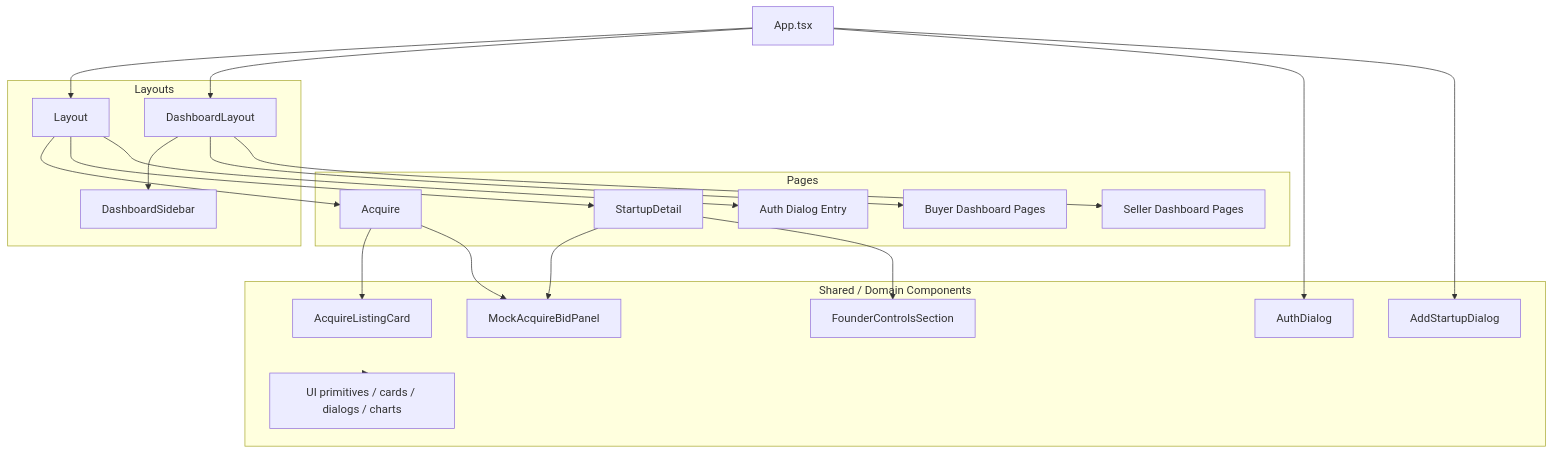
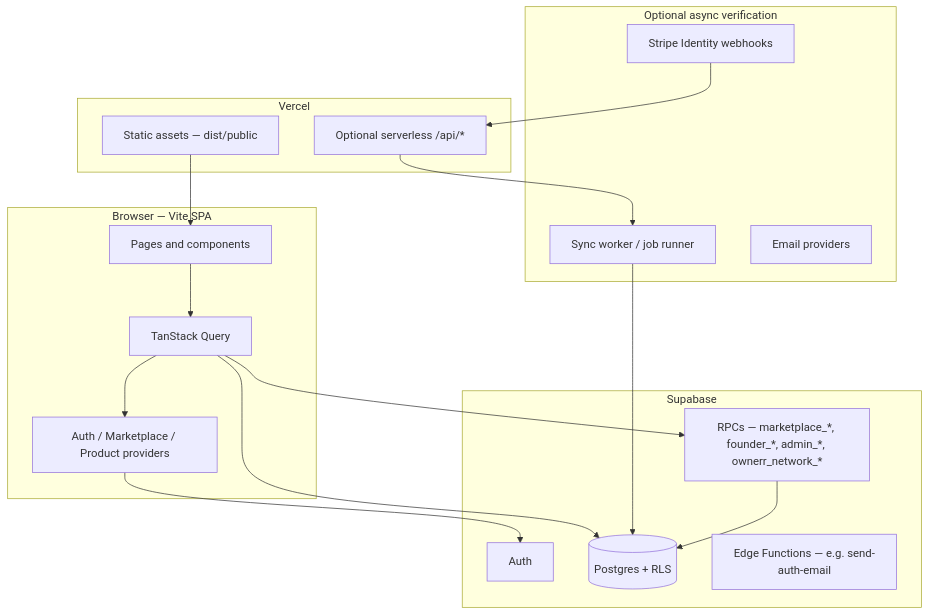
Before and after one commit to Ownerr-io/Web-Application: the first of 17 diagrams in README.md, drawn with Mermaid. The commit also changed other lines of this file, not shown here.

Commit message:
feature/seller-buyer-verifica tion-and-inbox

````diff
--- a/README.md
+++ b/README.md
@@ -77,47 +116,36 @@
 ```mermaid
-graph TD
-    APP[App.tsx]
+flowchart TB
+  subgraph Client["Browser — Vite SPA"]
+    UI[Pages and components]
+    RQ[TanStack Query]
+    CTX[Auth / Marketplace / Product providers]
+  end
 
-    subgraph Pages
-        ACQ[Acquire]
-        SD[StartupDetail]
-        BA[Buyer Dashboard Pages]
-        SA[Seller Dashboard Pages]
-        AU[Auth Dialog Entry]
-    end
+  subgraph Vercel["Vercel"]
+    STATIC[Static assets — dist/public]
+    API["Optional serverless /api/*"]
+  end
 
-    subgraph Layouts
-        LO[Layout]
-        DL[DashboardLayout]
-        SB[DashboardSidebar]
-    end
+  subgraph Supabase["Supabase"]
+    AUTH[Auth]
+    PG[(Postgres + RLS)]
+    RPC[RPCs — marketplace_*, founder_*, admin_*, ownerr_network_*]
+    EDGE[Edge Functions — e.g. send-auth-email]
+  end
 
-    subgraph Shared["Shared / Domain Components"]
-        CARD[AcquireListingCard]
-        BID[MockAcquireBidPanel]
-        AUTH[AuthDialog]
-        ADD[AddStartupDialog]
-        FCS[FounderControlsSection]
-        UIK[UI primitives / cards / dialogs / charts]
-    end
+  subgraph Optional["Optional async verification"]
+    WORKER[Sync worker / job runner]
+    STRIPE[Stripe Identity webhooks]
+    RESEND[Email providers]
+  end
 
-    APP --> LO
-    APP --> DL
-    DL --> SB
-
-    LO --> ACQ
-    LO --> SD
-    LO --> AU
-
-    DL --> BA
-    DL --> SA
-
-    ACQ --> CARD
-    ACQ --> BID
-    SD --> BID
-    SD --> FCS
-
-    APP --> AUTH
-    APP --> ADD
-    Shared --> UIK
+  UI --> RQ --> CTX
+  CTX --> AUTH
+  RQ --> RPC
+  RQ --> PG
+  STATIC --> UI
+  API --> WORKER
+  STRIPE --> API
+  WORKER --> PG
+  RPC --> PG
 ```
````
